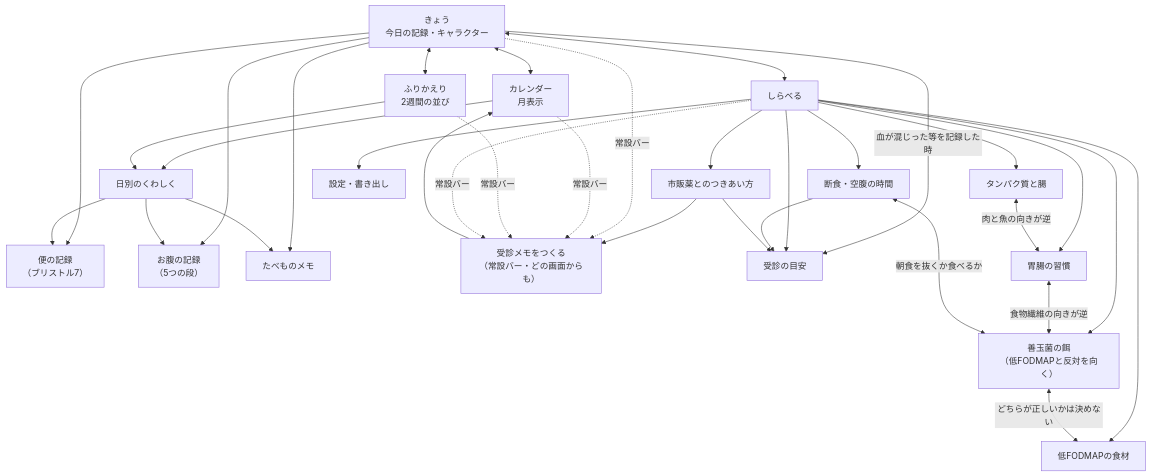
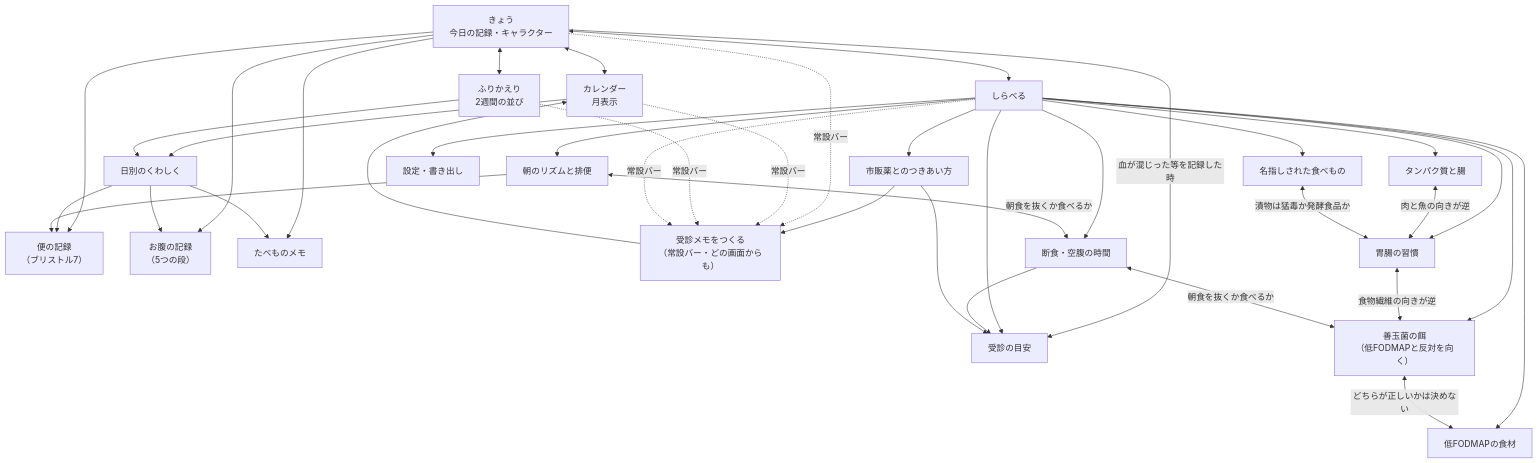
Before and after one commit to youtaix656-eng/-: the diagram in chou/docs/SCREENS.md, drawn with Mermaid. The commit also changed other lines of this file and 19 other files, not shown here.

````diff
--- a/chou/docs/SCREENS.md
+++ b/chou/docs/SCREENS.md
@@ -10,60 +10,67 @@
 ```mermaid
 flowchart TD
     Home["きょう<br/>今日の記録・キャラクター"]
     Cal["カレンダー<br/>月表示"]
     Day["日別のくわしく"]
     Look["ふりかえり<br/>2週間の並び"]
     Know["しらべる"]
 
     Stool["便の記録<br/>（ブリストル7）"]
     Belly["お腹の記録<br/>（5つの段）"]
     Meal["たべものメモ"]
 
     Note["受診メモをつくる<br/>（常設バー・どの画面からも）"]
     Flag["受診の目安"]
     Food["低FODMAPの食材"]
     Pre["善玉菌の餌<br/>（低FODMAPと反対を向く）"]
     Otc["市販薬とのつきあい方"]
     Hab["胃腸の習慣"]
     Pro["タンパク質と腸"]
     Fas["断食・空腹の時間"]
+    Mor["朝のリズムと排便"]
+    Sca["名指しされた食べもの"]
     Set["設定・書き出し"]
 
     Home --> Stool
     Home --> Belly
     Home --> Meal
     Home -->|"血が混じった等を記録した時"| Flag
 
     Home <--> Cal
     Home <--> Look
     Home <--> Know
 
     Cal --> Day
     Day --> Stool
     Day --> Belly
     Day --> Meal
 
     Look --> Day
 
     Know --> Flag
     Know --> Food
     Know --> Pre
     Know --> Otc
     Know --> Hab
     Pre <-->|"どちらが正しいかは決めない"| Food
     Hab <-->|"食物繊維の向きが逆"| Pre
     Know --> Pro
     Know --> Fas
     Pro <-->|"肉と魚の向きが逆"| Hab
     Fas <-->|"朝食を抜くか食べるか"| Pre
+    Know --> Mor
+    Know --> Sca
+    Mor <-->|"朝食を抜くか食べるか"| Fas
+    Mor --> Stool
+    Sca <-->|"漬物は猛毒か発酵食品か"| Hab
     Fas --> Flag
     Otc --> Flag
     Otc --> Note
     Know --> Set
 
     Note --> Cal
     Home -.常設バー.-> Note
     Cal -.常設バー.-> Note
     Look -.常設バー.-> Note
     Know -.常設バー.-> Note
 ```
````
